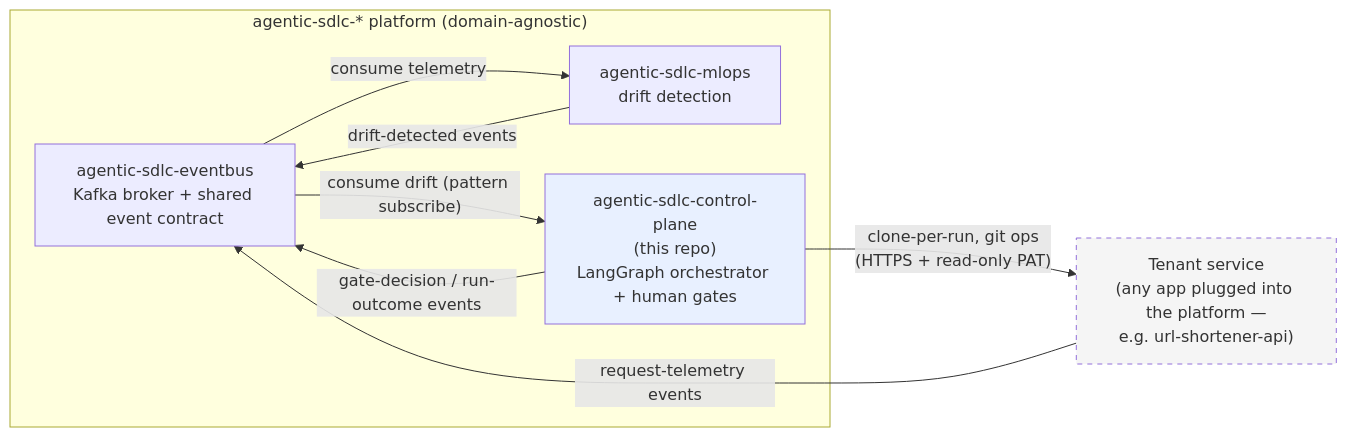
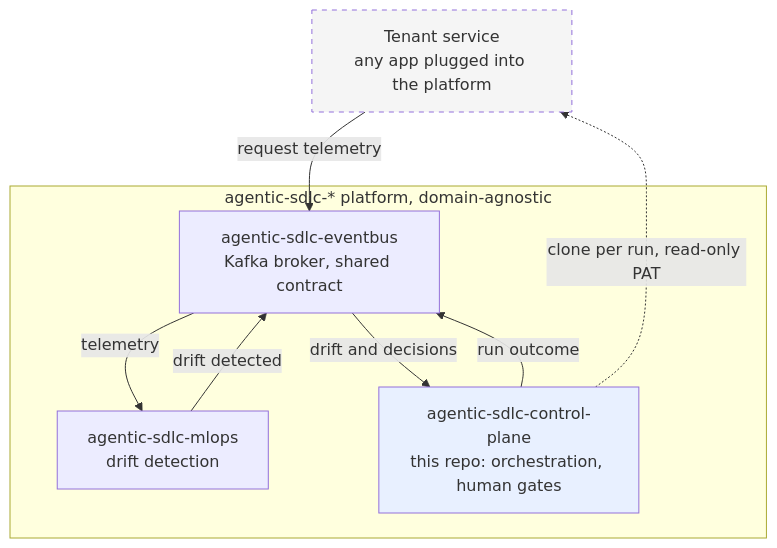
The first of 3 diagrams in README.md (jayakumard10/agentic-sdlc-control-plane), drawn with Mermaid before and after one commit. The commit also changed other lines of this file and 1 other file, not shown here.

Commit message:
Fix diagrams rendering broken on GitHub
The system context diagram rendered as a blank panel when expanded, and
overflowed its container inline. Three compounding causes, all present in the
README's copy of the same diagram too:

An edge label contained <br/>. Mermaid handles HTML in node labels reliably but
not in edge labels, and a failure there yields a malformed SVG rather than a
visible error - which is what the empty expanded view was.

The layout was flowchart LR around a six-edge hub. The event bus has three
inbound and three outbound flows, so left-to-right forced an extremely wide
graph with edges looping over the top. Now top-to-bottom, which suits a hub.

Node labels ran to three lines, widening it further.

Also corrected: curly braces inside node label text, which can be parsed as
shape syntax, and a space inside a stroke-dasharray value.

Edge labels now use the -->|"..."| form throughout, which is better supported
than the -- "..." --> form, and the two control-plane inbound flows are drawn
as one edge with a note, since a context diagram should not carry the full
message choreography - the sequence diagram in section 7 does that.

````diff
--- a/README.md
+++ b/README.md
@@ -23,20 +23,20 @@
 ```mermaid
-flowchart LR
-    subgraph platform["agentic-sdlc-* platform (domain-agnostic)"]
-        EB["agentic-sdlc-eventbus<br/>Kafka broker + shared event contract"]
+flowchart TB
+    TENANT["Tenant service<br/>any app plugged into the platform"]
+
+    subgraph platform["agentic-sdlc-* platform, domain-agnostic"]
+        EB["agentic-sdlc-eventbus<br/>Kafka broker, shared contract"]
         MLOPS["agentic-sdlc-mlops<br/>drift detection"]
-        CP["agentic-sdlc-control-plane<br/>(this repo)<br/>LangGraph orchestrator + human gates"]
+        CP["agentic-sdlc-control-plane<br/>this repo: orchestration, human gates"]
     end
 
-    TENANT["Tenant service<br/>(any app plugged into the platform —<br/>e.g. url-shortener-api)"]
+    TENANT -->|"request telemetry"| EB
+    EB -->|"telemetry"| MLOPS
+    MLOPS -->|"drift detected"| EB
+    EB -->|"drift and decisions"| CP
+    CP -->|"run outcome"| EB
+    CP -.->|"clone per run, read-only PAT"| TENANT
 
-    TENANT -- "request-telemetry events" --> EB
-    EB -- "consume telemetry" --> MLOPS
-    MLOPS -- "drift-detected events" --> EB
-    EB -- "consume drift (pattern subscribe)" --> CP
-    CP -- "clone-per-run, git ops<br/>(HTTPS + read-only PAT)" --> TENANT
-    CP -- "gate-decision / run-outcome events" --> EB
-
-    style TENANT fill:#f5f5f5,stroke-dasharray: 5 5
+    style TENANT fill:#f5f5f5,stroke-dasharray:5 5
     style CP fill:#e8f0ff
 ```
````
